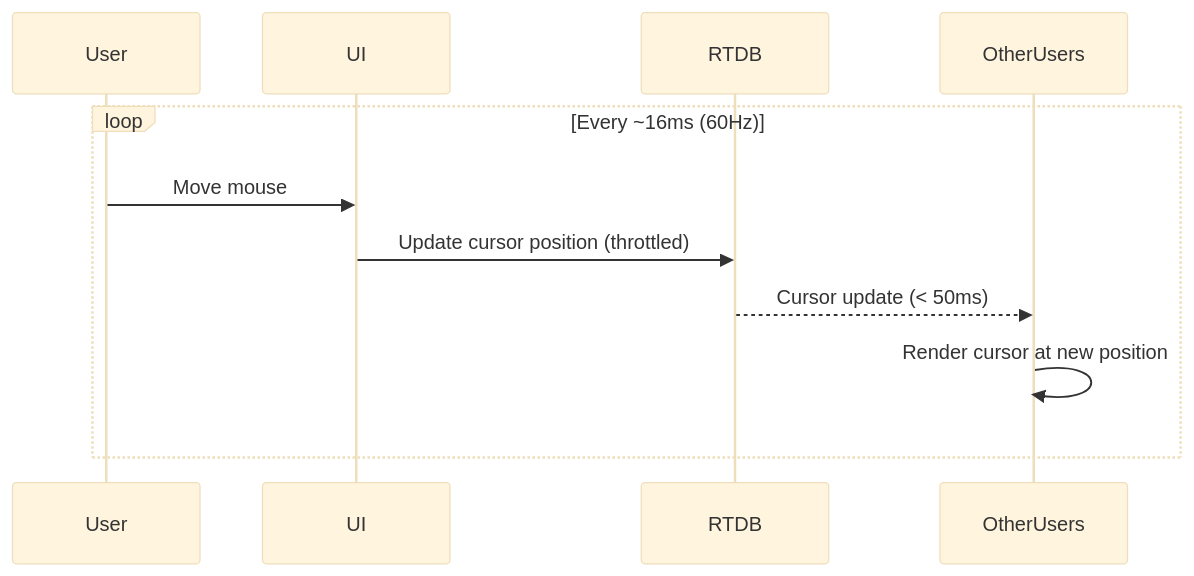
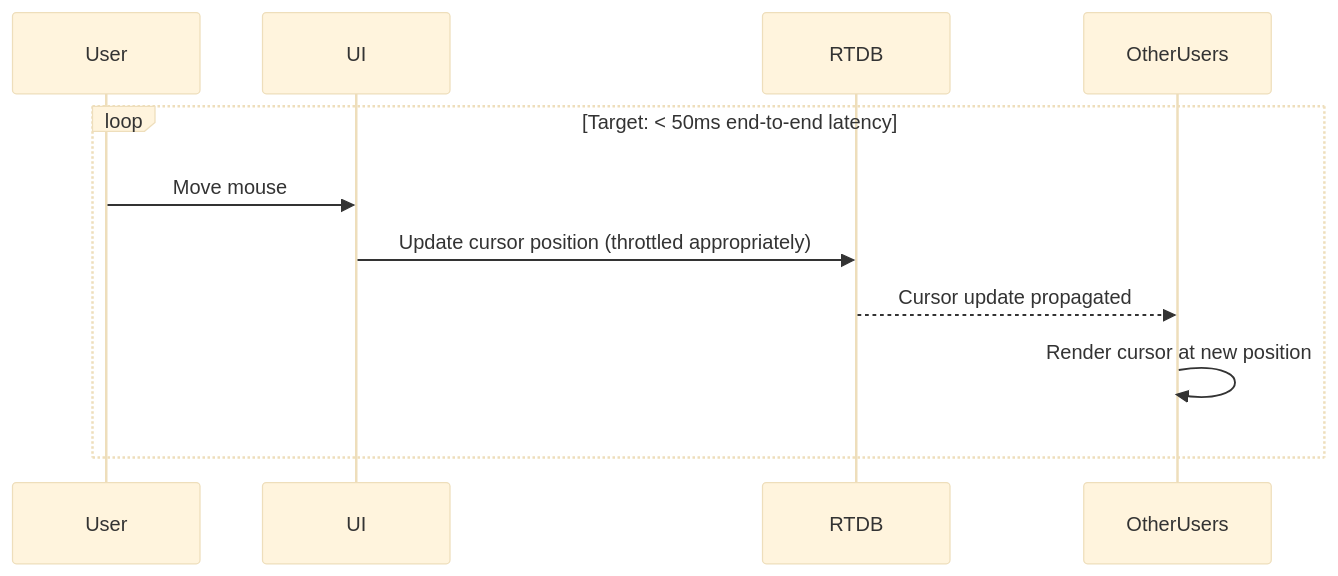
One commit to xvanov/collabcanvas changed the fourth of 4 diagrams in architecture.md. Above: the diagram before and after it, drawn with Mermaid (base theme). The commit also changed other lines of this file and 15 other files, not shown here.

````diff
--- a/architecture.md
+++ b/architecture.md
@@ -259,14 +261,14 @@
 ```mermaid
 sequenceDiagram
     participant User
     participant UI
     participant RTDB
     participant OtherUsers
     
-    loop Every ~16ms (60Hz)
+    loop Target: < 50ms end-to-end latency
         User->>UI: Move mouse
-        UI->>RTDB: Update cursor position (throttled)
-        RTDB-->>OtherUsers: Cursor update (< 50ms)
+        UI->>RTDB: Update cursor position (throttled appropriately)
+        RTDB-->>OtherUsers: Cursor update propagated
         OtherUsers->>OtherUsers: Render cursor at new position
     end
 ```
````
